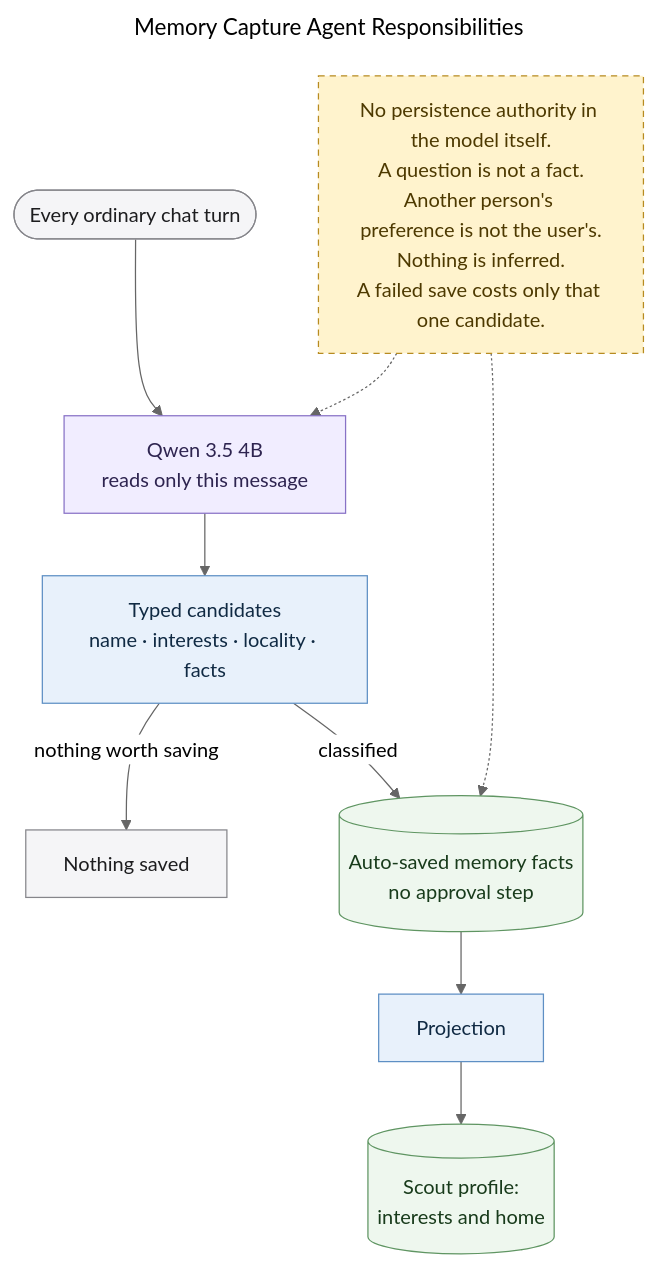
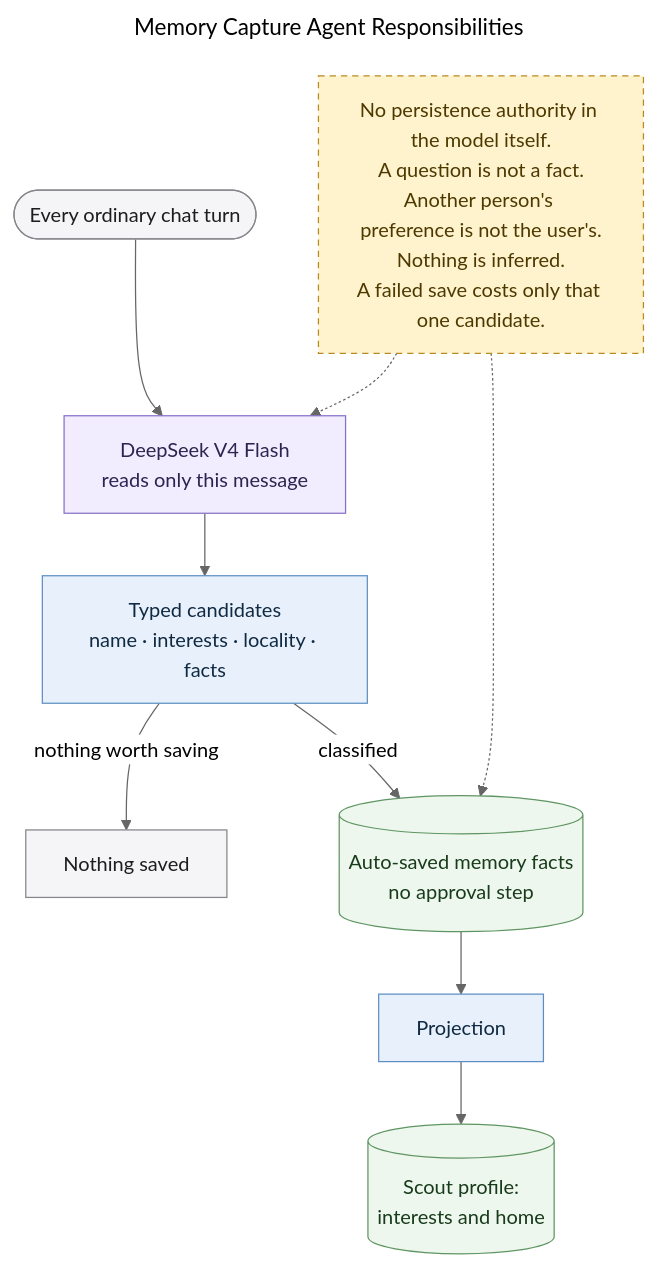
Before and after one commit to MallyaAni/PersonalAssistant: the diagram in docs/diagrams/agent-memory.mmd, drawn with Mermaid (neutral theme). The commit also changed 34 other files, not shown here.

First line of the commit message:
Stop the diagrams advertising a model that was retired

```diff
--- a/docs/diagrams/agent-memory.mmd
+++ b/docs/diagrams/agent-memory.mmd
@@ -1,25 +1,25 @@
 ---
 title: Memory Capture Agent Responsibilities
 ---
 flowchart TB
-    Turn([Every ordinary chat turn]) --> Model[Qwen 3.5 4B<br/>reads only this message]
+    Turn([Every ordinary chat turn]) --> Model[DeepSeek V4 Flash<br/>reads only this message]
     Model --> Typed[Typed candidates<br/>name · interests · locality · facts]
     Typed -->|nothing worth saving| NoWrite[Nothing saved]
     Typed -->|classified| Facts[(Auto-saved memory facts<br/>no approval step)]
     Facts --> Project[Projection]
     Project --> Profile[(Scout profile:<br/>interests and home)]
 
     Rule[No persistence authority in the model itself.<br/>A question is not a fact.<br/>Another person's preference is not the user's.<br/>Nothing is inferred.<br/>A failed save costs only that one candidate.]
     Rule -.-> Model
     Rule -.-> Facts
 
     classDef interface fill:#f5f5f7,stroke:#86868b,color:#1d1d1f;
     classDef application fill:#e8f1fb,stroke:#5e8fc4,color:#102a43;
     classDef data fill:#eef7ee,stroke:#5f9562,color:#183b1b;
     classDef model fill:#f1edff,stroke:#8872c6,color:#2e2450;
     classDef warning fill:#fff3cd,stroke:#b78b20,color:#4d3900,stroke-dasharray:5 4;
     class Turn,NoWrite interface;
     class Typed,Project application;
     class Facts,Profile data;
     class Model model;
     class Rule warning;
```
